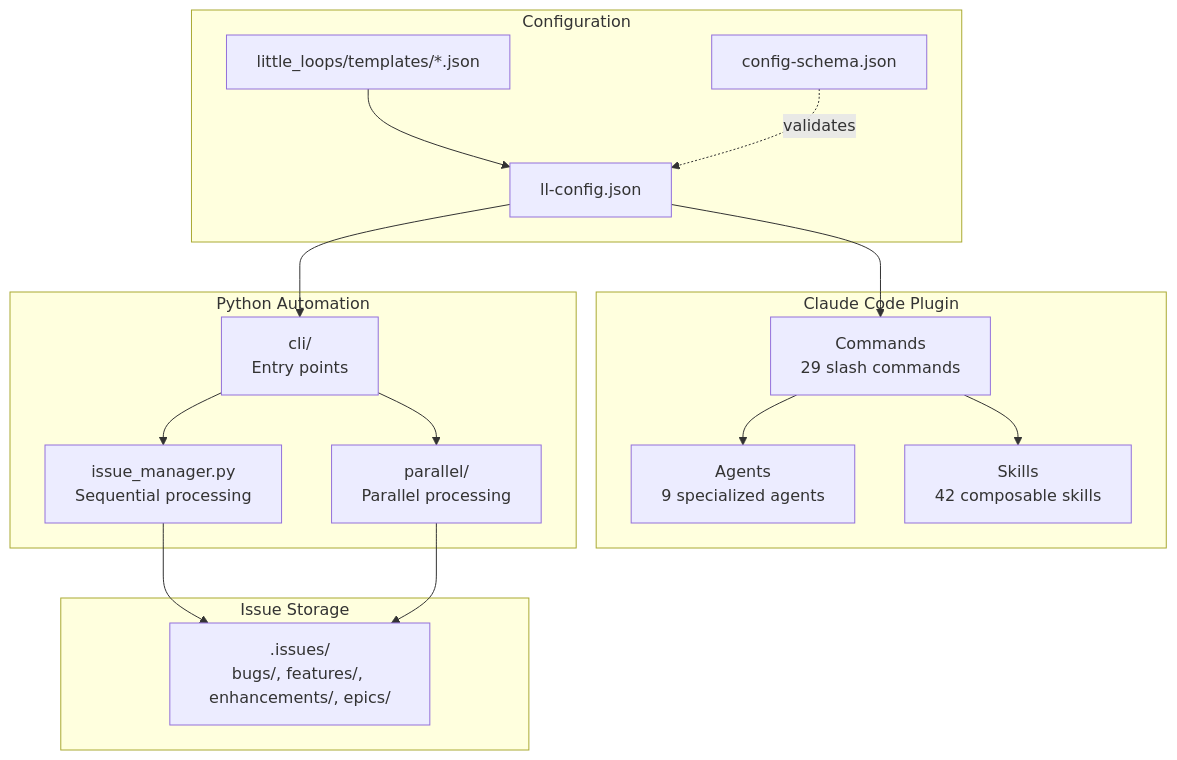
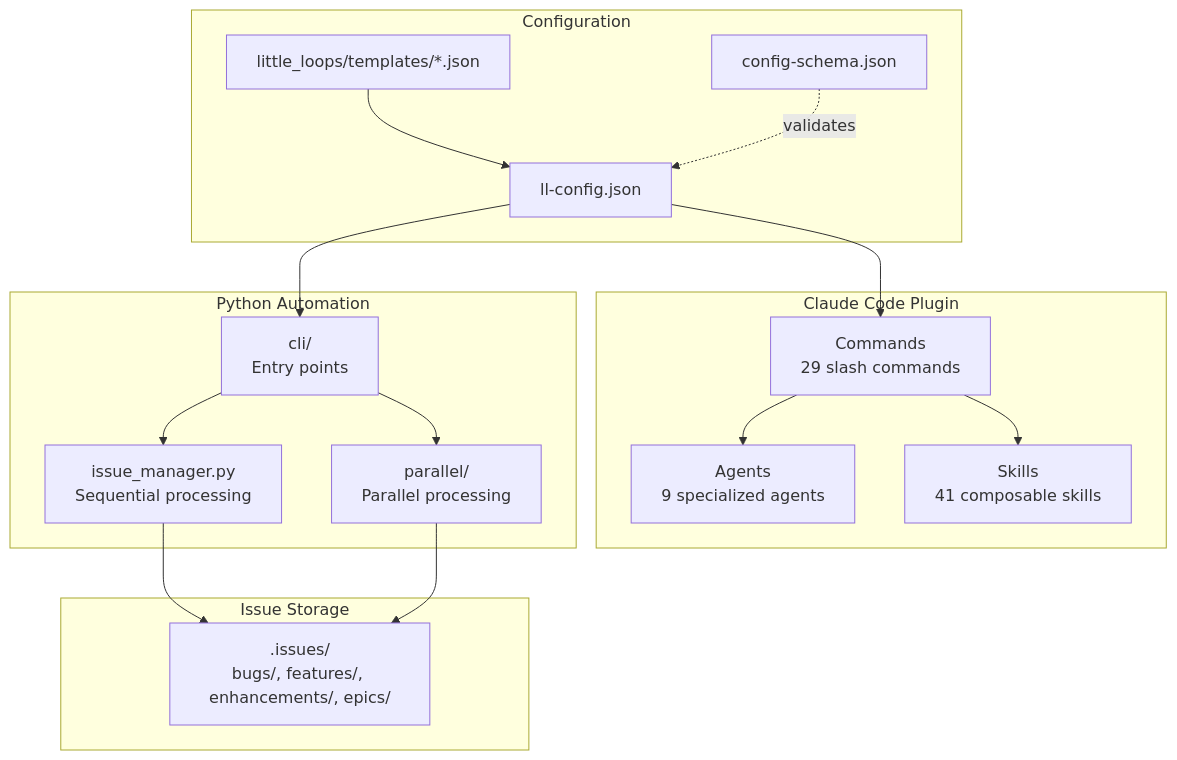
The first of 17 diagrams in docs/ARCHITECTURE.md (BrennonTWilliams/little-loops), drawn with Mermaid before and after one commit. The commit also changed other lines of this file and 13 other files, not shown here.

````diff
--- a/docs/ARCHITECTURE.md
+++ b/docs/ARCHITECTURE.md
@@ -21,35 +21,35 @@
 ```mermaid
 flowchart TB
     subgraph "Claude Code Plugin"
         CMD[Commands<br/>29 slash commands]
         AGT[Agents<br/>9 specialized agents]
-        SKL[Skills<br/>42 composable skills]
+        SKL[Skills<br/>41 composable skills]
     end
 
     subgraph "Configuration"
         CFG[ll-config.json]
         SCHEMA[config-schema.json]
         TPL[little_loops/templates/*.json]
     end
 
     subgraph "Python Automation"
         CLI[cli/<br/>Entry points]
         AUTO[issue_manager.py<br/>Sequential processing]
         PARALLEL[parallel/<br/>Parallel processing]
     end
 
     subgraph "Issue Storage"
         ISSUES[.issues/<br/>bugs/, features/, enhancements/, epics/]
     end
 
     CFG --> CMD
     TPL --> CFG
     SCHEMA -.->|validates| CFG
     CFG --> CLI
     CMD --> AGT
     CMD --> SKL
     CLI --> AUTO
     CLI --> PARALLEL
     AUTO --> ISSUES
     PARALLEL --> ISSUES
 ```
````
